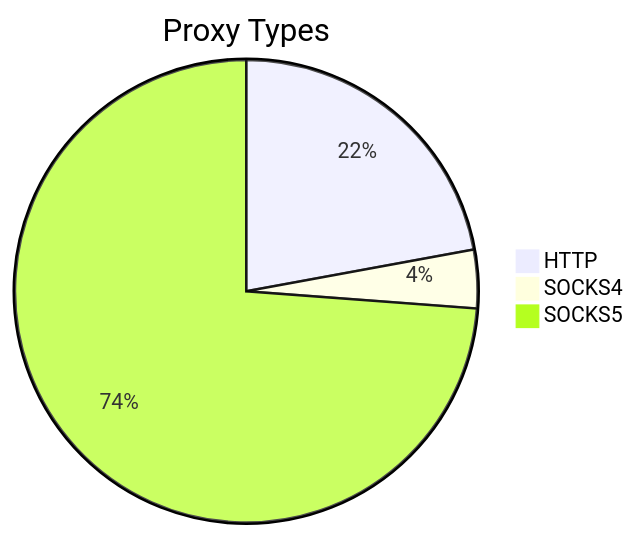
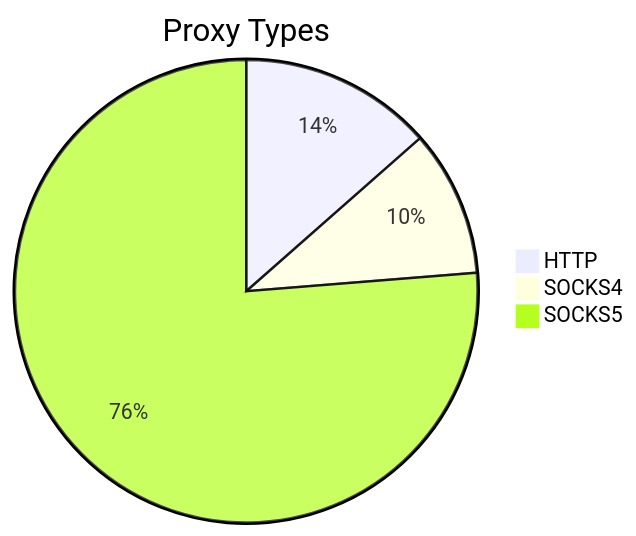
One commit to stormsia/proxy-list changed the first of 2 diagrams in README.md. Above: the diagram before and after it, drawn with Mermaid. The commit also changed other lines of this file, not shown here.

````diff
--- a/README.md
+++ b/README.md
@@ -21,6 +21,6 @@
 ```mermaid
 pie title Proxy Types
-    "HTTP" : 65
-    "SOCKS4" : 12
-    "SOCKS5" : 217
+    "HTTP" : 82
+    "SOCKS4" : 62
+    "SOCKS5" : 463
 ```
````
